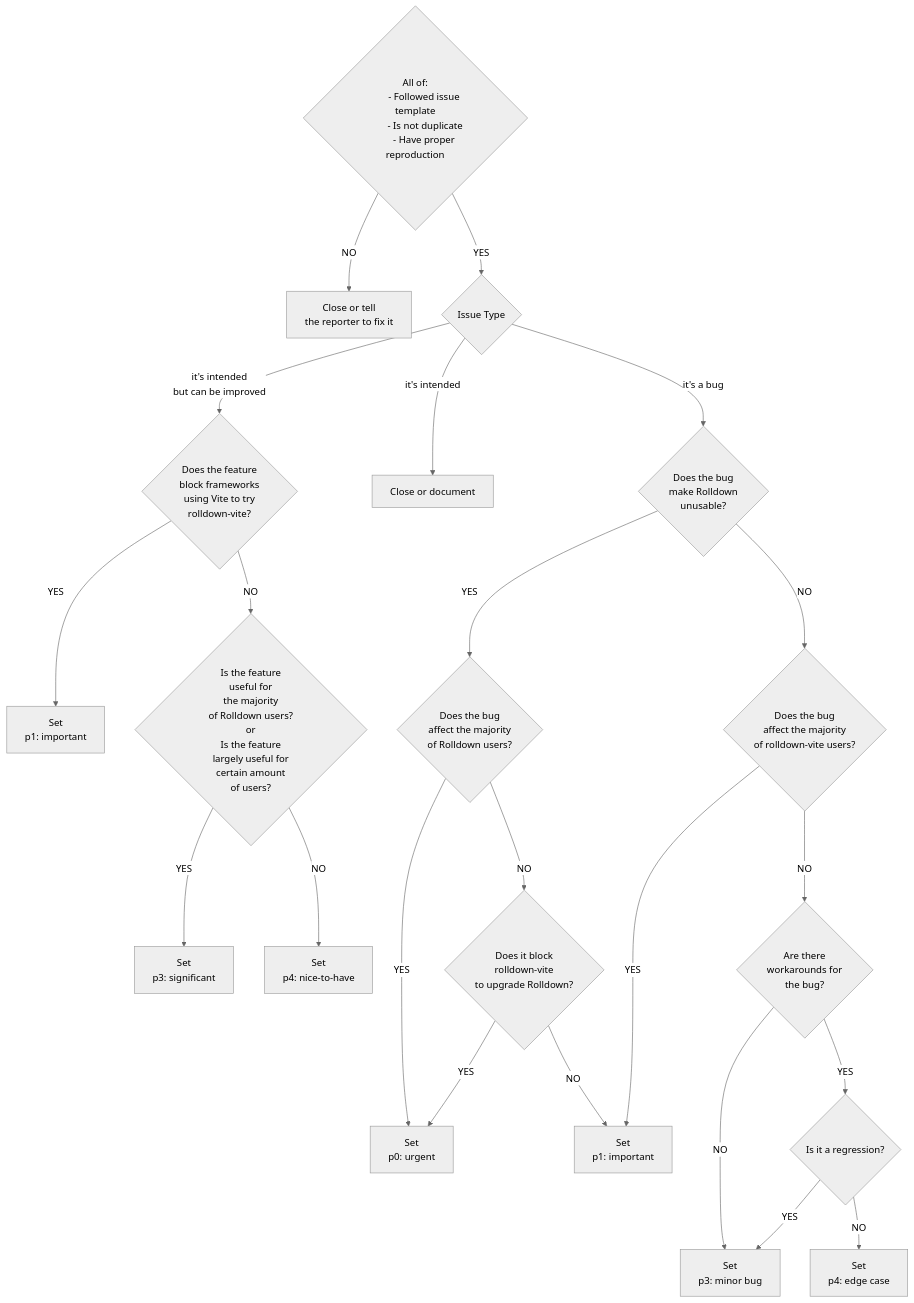
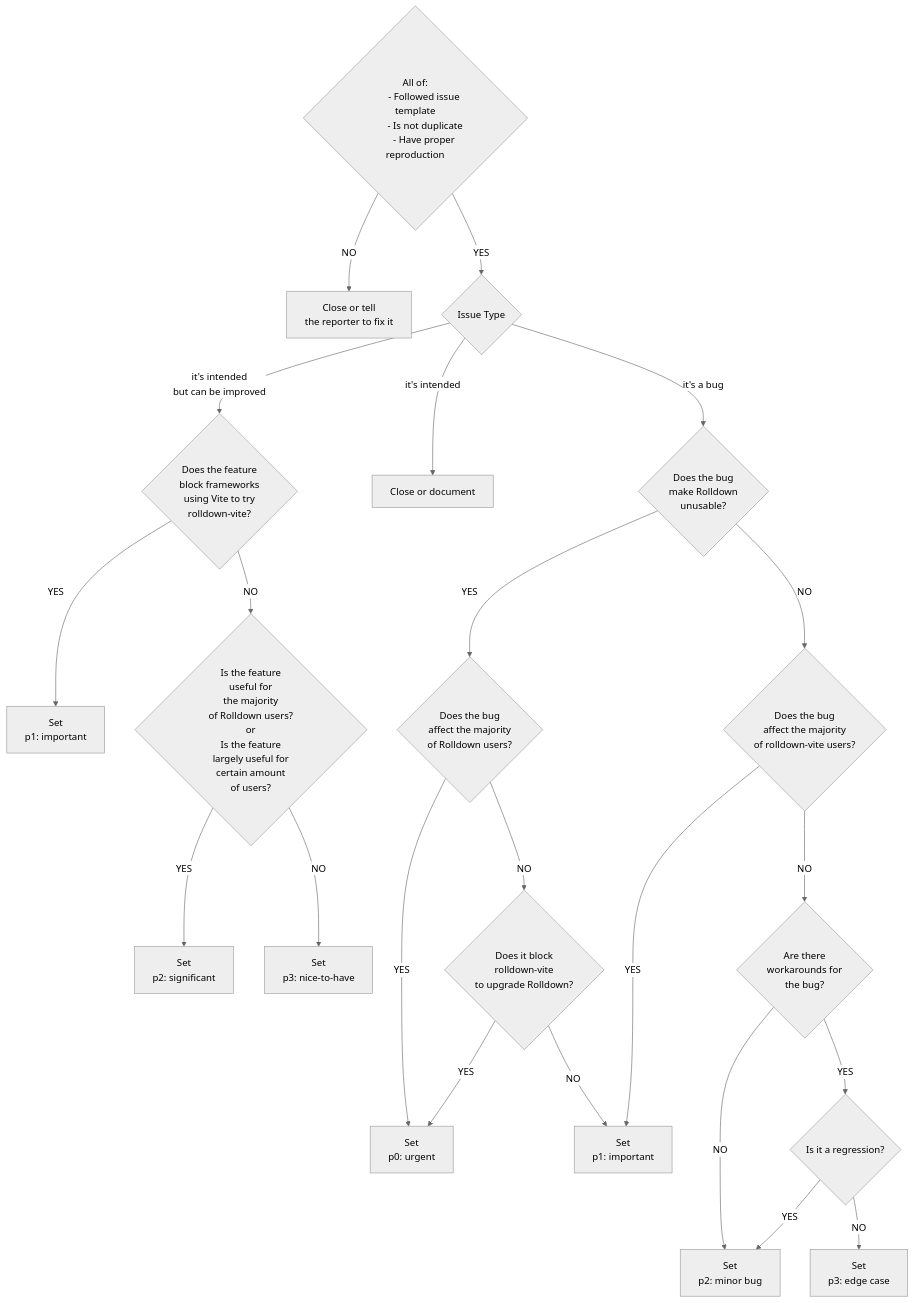
The diagram in .github/issue-workflow.md (rolldown/rolldown), drawn with Mermaid (neutral theme) before and after one commit.

````diff
--- a/.github/issue-workflow.md
+++ b/.github/issue-workflow.md
@@ -3,62 +3,62 @@
 ```mermaid
 flowchart TD
     start{All of:
         - Followed issue template
         - Is not duplicate
         - Have proper reproduction
         }
      start --NO--> close1["Close or tell
         the reporter to fix it"]
     start --YES--> ty{Issue Type}
     ty --it's a bug--> unusable{Does the bug
         make Rolldown
         unusable?}
     ty --it's intended--> close2["Close or document"]
     ty --it's intended
         but can be improved--> vitefr{Does the feature
         block frameworks
         using Vite to try
         rolldown-vite?}
     vitefr --YES--> p42["Set
         p1: important"]
     vitefr --NO --> frmaj{Is the feature
         useful for
         the majority
         of Rolldown users?
         or
         Is the feature
         largely useful for
         certain amount
         of users?}
     frmaj --YES--> p32["Set
-        p3: significant"]
+        p2: significant"]
     frmaj --NO--> p22["Set
-        p4: nice-to-have"]
+        p3: nice-to-have"]
     unusable --YES--> maj{Does the bug
         affect the majority
         of Rolldown users?}
     maj --YES--> p5["Set
         p0: urgent"]
     maj --NO--> blockvite{Does it block
         rolldown-vite
         to upgrade Rolldown?
     }
     blockvite --YES --> p5
     blockvite --NO--> p4["Set
         p1: important"]
     unusable --NO--> vite{Does the bug
         affect the majority
         of rolldown-vite users?}
     vite --YES--> p4
     vite --NO--> workarounds{Are there
         workarounds for
         the bug?}
     workarounds --NO--> p3[Set
-        p3: minor bug]
+        p2: minor bug]
     workarounds --YES--> regression{
         Is it a regression?
     }
     regression --YES--> p3
     regression --NO--> p2[Set
-        p4: edge case]
+        p3: edge case]
 ```
````
